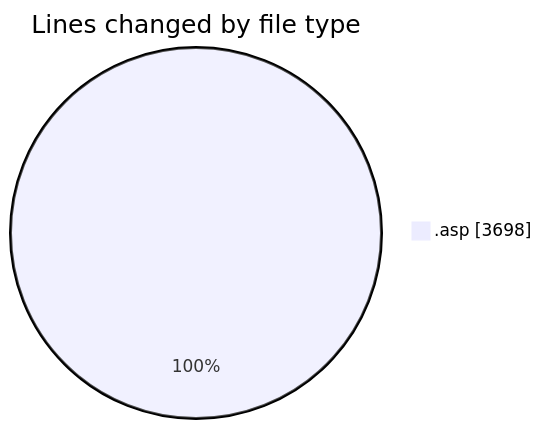
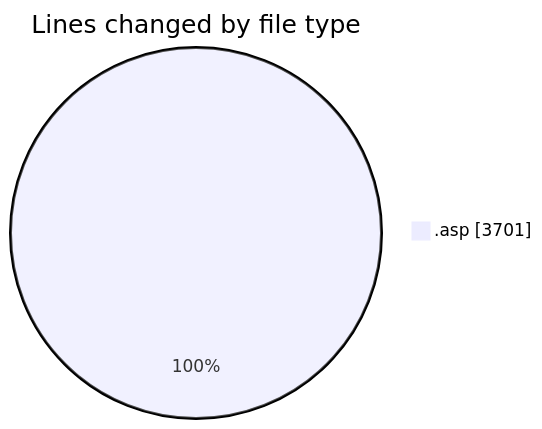
The first of 2 diagrams in 2025-11-18/cdp_aleoudev_fr__workspace_/README.md (julien-gomy/code-tracking), drawn with Mermaid before and after one commit. The commit also changed other lines of this file and 1 other file, not shown here.

````diff
--- a/2025-11-18/cdp_aleoudev_fr__workspace_/README.md
+++ b/2025-11-18/cdp_aleoudev_fr__workspace_/README.md
@@ -25,5 +25,5 @@
 ```mermaid
 pie showData
 title Lines changed by file type
-".asp" : 3698
+".asp" : 3701
 ```
````
